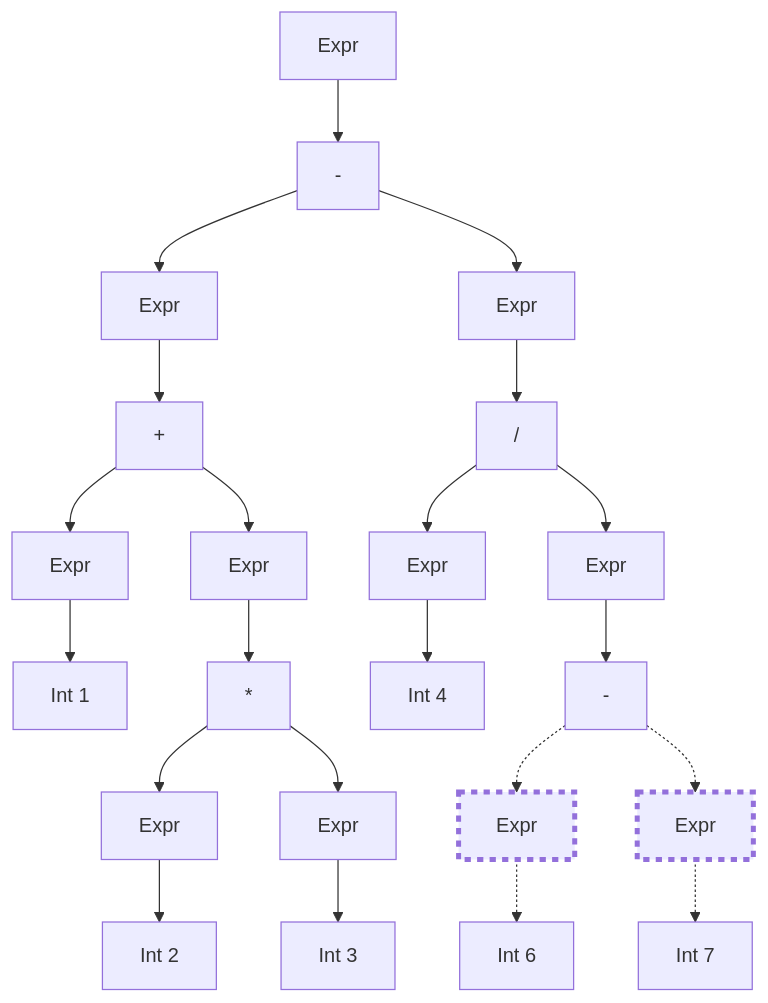
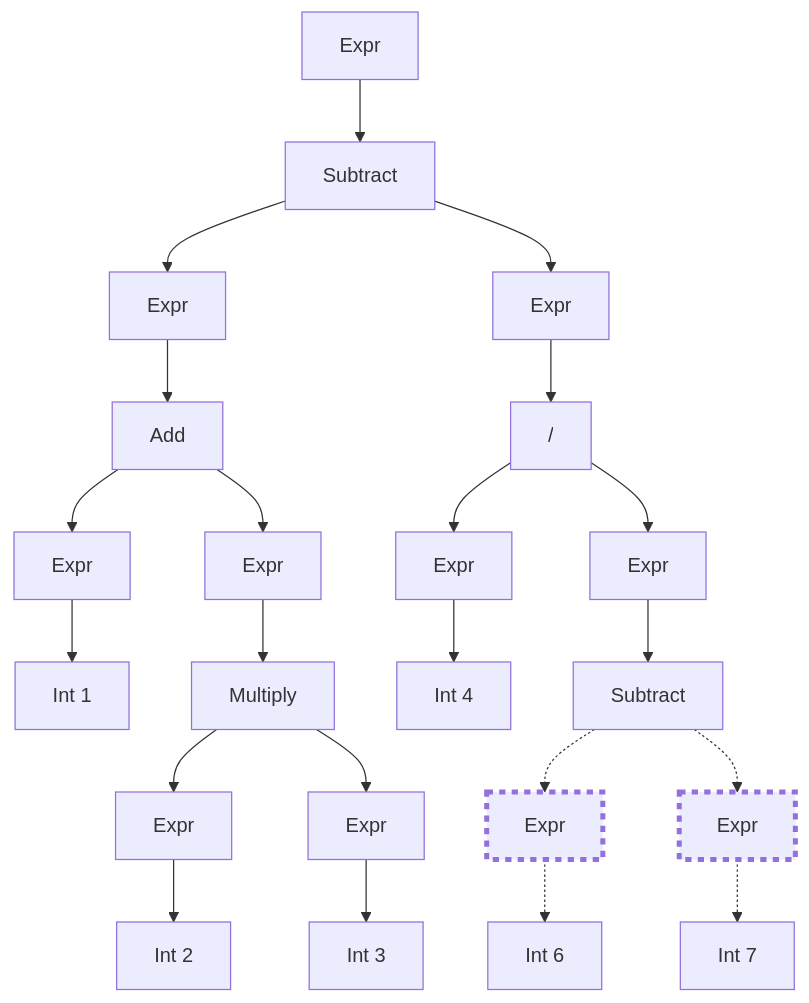
Diagram 27 of 27 in samples/infix/README.md (microsoft/Trieste), drawn with Mermaid before and after one commit. The commit also changed other lines of this file, not shown here.

````diff
--- a/samples/infix/README.md
+++ b/samples/infix/README.md
@@ -1212,25 +1215,25 @@
 ``` mermaid
 flowchart TD
-  A[Expr]-->GG[-]
+  A[Expr]-->GG[Subtract]
   GG-->CC[Expr]
-  CC-->C[+]
+  CC-->C[Add]
   C-->BB[Expr]
   BB-->B[Int 1]
   C-->N[Expr]
-  N-->E[*]
+  N-->E[Multiply]
   E-->DD[Expr]
   DD-->D[Int 2]
   E-->FF[Expr]
   FF-->F[Int 3]
   GG-->O[Expr]
   O-->I["#47;"]
   I-->HH[Expr]
   HH-->H[Int 4]
   I-->J[Expr]
-  J-->L[-]
+  J-->L[Subtract]
   L-.->KK[Expr]:::current
   KK-.->K[Int 6]
   L-.->MM[Expr]:::current
   MM-.->M[Int 7]
   classDef current stroke-width:4px,stroke-dasharray:5 5;
 ```
````
